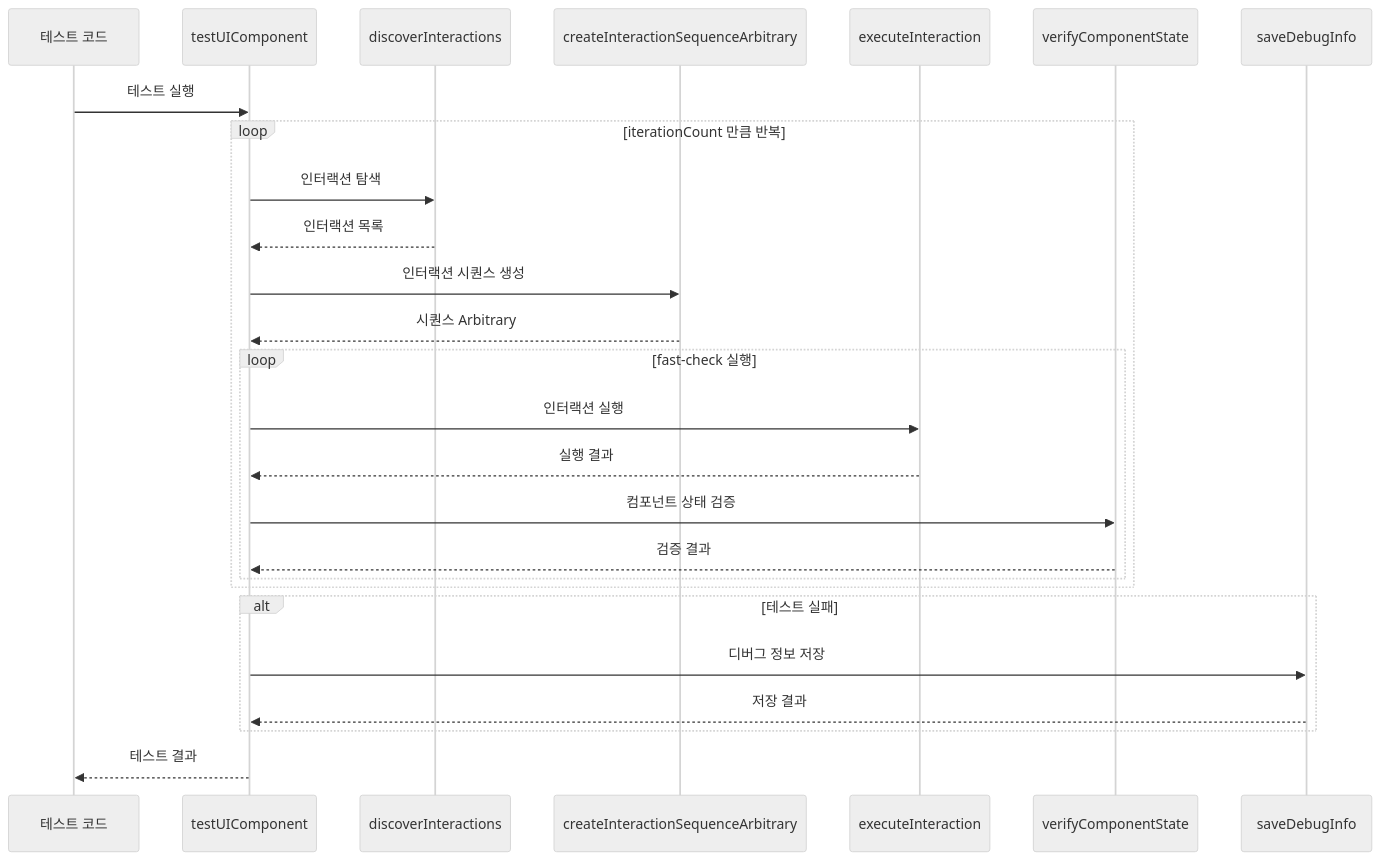
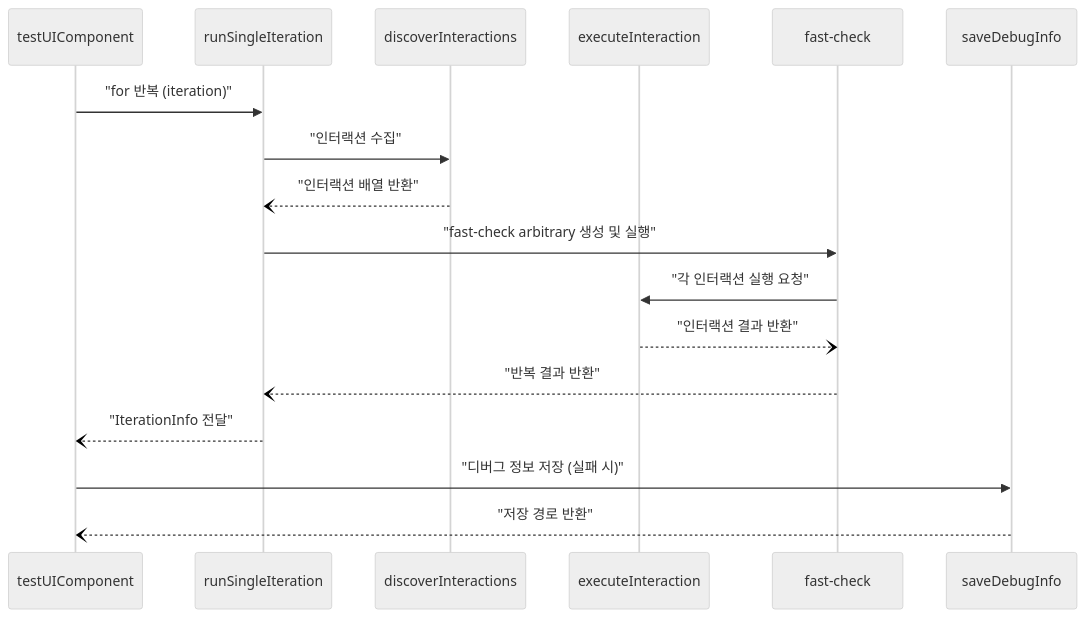
The second of 6 diagrams in storybook/e2e/universal-testers.md (YahngSungho/Monorepo), drawn with Mermaid (neutral theme) before and after one commit. The commit also changed other lines of this file and 2 other files, not shown here.

First line of the commit message:
feat: 인터랙션 시퀀스 생성 및 디버깅 개선

````diff
--- a/storybook/e2e/universal-testers.md
+++ b/storybook/e2e/universal-testers.md
@@ -295,35 +163,20 @@
 ```mermaid
 sequenceDiagram
-    participant Test as 테스트 코드
-    participant UI as testUIComponent
-    participant Discovery as discoverInteractions
-    participant Sequence as createInteractionSequenceArbitrary
-    participant Execution as executeInteraction
-    participant Verification as verifyComponentState
-    participant Debug as saveDebugInfo
+    participant T as testUIComponent
+    participant I as runSingleIteration
+    participant D as discoverInteractions
+    participant E as executeInteraction
+    participant F as fast-check
+    participant S as saveDebugInfo
 
-    Test->>UI: 테스트 실행
-
-    loop iterationCount 만큼 반복
-        UI->>Discovery: 인터랙션 탐색
-        Discovery-->>UI: 인터랙션 목록
-
-        UI->>Sequence: 인터랙션 시퀀스 생성
-        Sequence-->>UI: 시퀀스 Arbitrary
-
-        loop fast-check 실행
-            UI->>Execution: 인터랙션 실행
-            Execution-->>UI: 실행 결과
-
-            UI->>Verification: 컴포넌트 상태 검증
-            Verification-->>UI: 검증 결과
-        end
-    end
-
-    alt 테스트 실패
-        UI->>Debug: 디버그 정보 저장
-        Debug-->>UI: 저장 결과
-    end
-
-    UI-->>Test: 테스트 결과
+    T->>I: "for 반복 (iteration)"
+    I->>D: "인터랙션 수집"
+    D--)I: "인터랙션 배열 반환"
+    I->>F: "fast-check arbitrary 생성 및 실행"
+    F->>E: "각 인터랙션 실행 요청"
+    E--)F: "인터랙션 결과 반환"
+    F--)I: "반복 결과 반환"
+    I--)T: "IterationInfo 전달"
+    T->>S: "디버그 정보 저장 (실패 시)"
+    S--)T: "저장 경로 반환"
 ```
````
